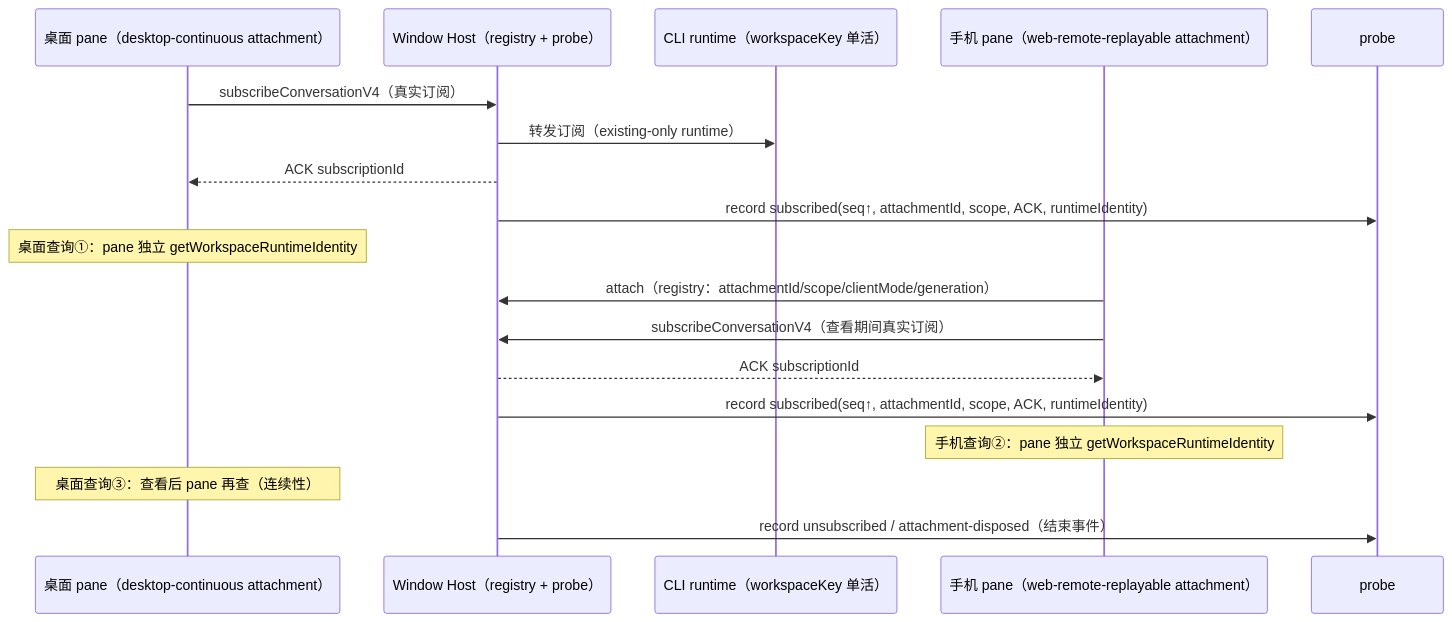
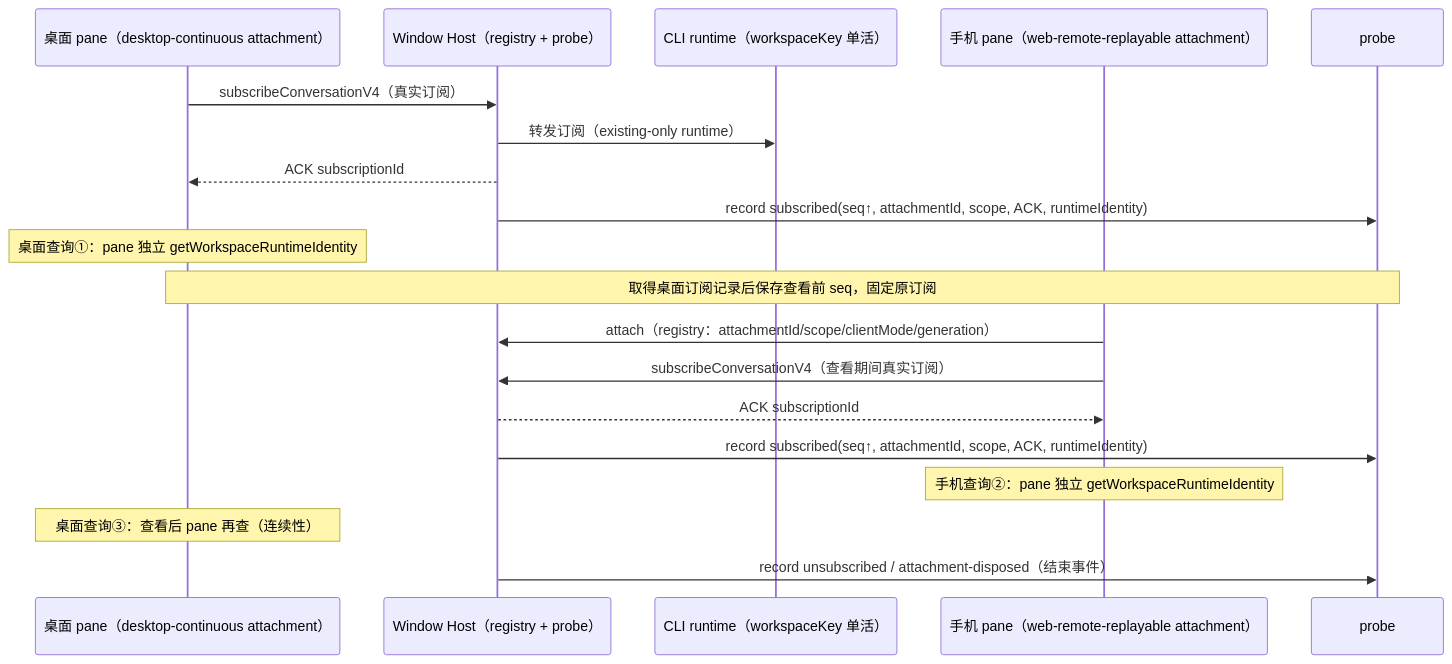
The diagram in docs/specs/wt04-direct-runtime-association-openzwork.md (BlueSkyXN/OpenZWork), drawn with Mermaid before and after one commit. The commit also changed other lines of this file and 9 other files, not shown here.

````diff
--- a/docs/specs/wt04-direct-runtime-association-openzwork.md
+++ b/docs/specs/wt04-direct-runtime-association-openzwork.md
@@ -28,20 +28,21 @@
 ```mermaid
 sequenceDiagram
     participant D as 桌面 pane（desktop-continuous attachment）
     participant H as Window Host（registry + probe）
     participant R as CLI runtime（workspaceKey 单活）
     participant M as 手机 pane（web-remote-replayable attachment）
 
     D->>H: subscribeConversationV4（真实订阅）
     H->>R: 转发订阅（existing-only runtime）
     H-->>D: ACK subscriptionId
     H->>probe: record subscribed(seq↑, attachmentId, scope, ACK, runtimeIdentity)
     Note over D: 桌面查询①：pane 独立 getWorkspaceRuntimeIdentity
+    Note over D,probe: 取得桌面订阅记录后保存查看前 seq，固定原订阅
     M->>H: attach（registry：attachmentId/scope/clientMode/generation）
     M->>H: subscribeConversationV4（查看期间真实订阅）
     H-->>M: ACK subscriptionId
     H->>probe: record subscribed(seq↑, attachmentId, scope, ACK, runtimeIdentity)
     Note over M: 手机查询②：pane 独立 getWorkspaceRuntimeIdentity
     Note over D: 桌面查询③：查看后 pane 再查（连续性）
     H->>probe: record unsubscribed / attachment-disposed（结束事件）
 ```
````
